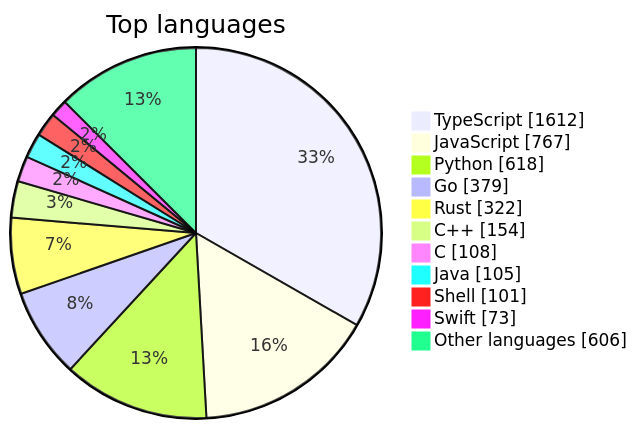
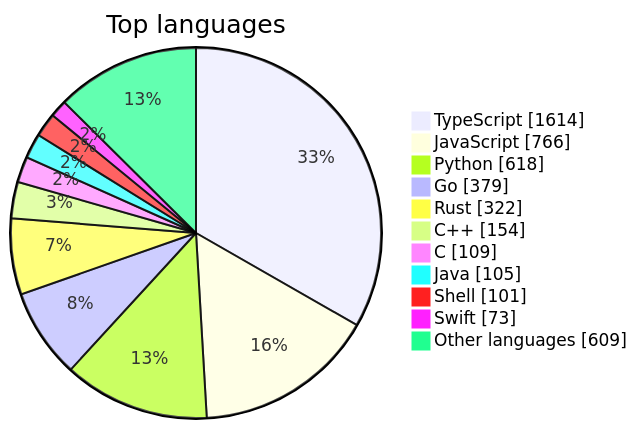
Before and after one commit to maxgfr/awesome-stars: the first of 2 diagrams in README.md, drawn with Mermaid. The commit also changed other lines of this file and 27 other files, not shown here.

````diff
--- a/README.md
+++ b/README.md
@@ -39,14 +39,14 @@
 ```mermaid
 pie showData title Top languages
-    "TypeScript" : 1612
-    "JavaScript" : 767
+    "TypeScript" : 1614
+    "JavaScript" : 766
     "Python" : 618
     "Go" : 379
     "Rust" : 322
     "C++" : 154
-    "C" : 108
+    "C" : 109
     "Java" : 105
     "Shell" : 101
     "Swift" : 73
-    "Other languages" : 606
+    "Other languages" : 609
 ```
````
